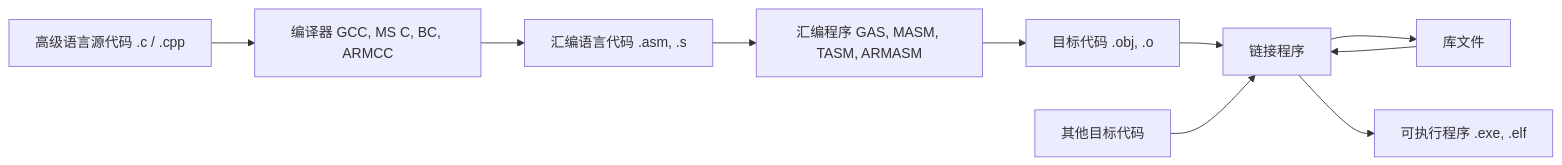
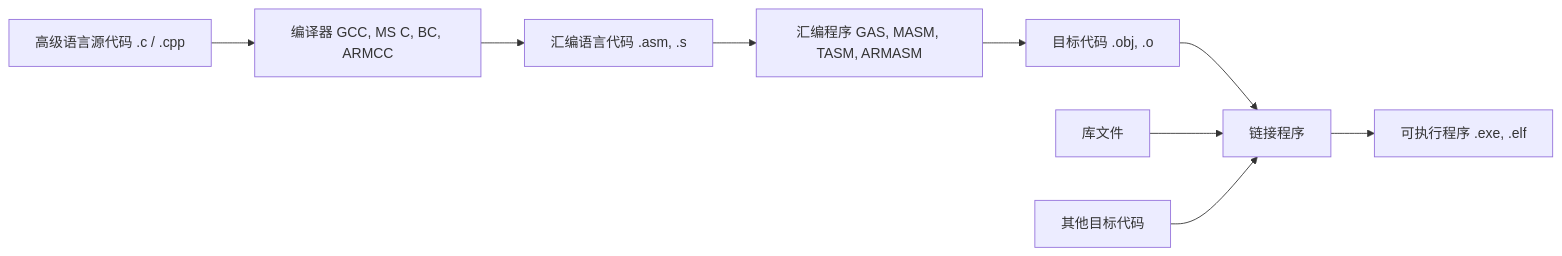
Before and after one commit to danlingdan/ComputerKnowledgeBase: the first of 2 diagrams in 计算机系统/微机原理与接口技术B/04 汇编语言程序设计/04-01 汇编源程序结构与语句.md, drawn with Mermaid. The commit also changed other lines of this file and 68 other files, not shown here.

````diff
--- a/计算机系统/微机原理与接口技术B/04 汇编语言程序设计/04-01 汇编源程序结构与语句.md
+++ b/计算机系统/微机原理与接口技术B/04 汇编语言程序设计/04-01 汇编源程序结构与语句.md
@@ -52,12 +66,11 @@
 ```mermaid
 graph LR
-    A[高级语言源代码 .c / .cpp] --> B[编译器 GCC, MS C, BC, ARMCC]
-    B --> C[汇编语言代码 .asm, .s]
-    C --> D[汇编程序 GAS, MASM, TASM, ARMASM]
-    D --> E[目标代码 .obj, .o]
-    E --> F[链接程序]
-    F --> G[库文件]
-    G --> F
-    H[其他目标代码] --> F
-    F --> I[可执行程序 .exe, .elf]
+    A["高级语言源代码 .c / .cpp"] --> B["编译器 GCC, MS C, BC, ARMCC"]
+    B --> C["汇编语言代码 .asm, .s"]
+    C --> D["汇编程序 GAS, MASM, TASM, ARMASM"]
+    D --> E["目标代码 .obj, .o"]
+    E --> F["链接程序"]
+    G["库文件"] --> F
+    H["其他目标代码"] --> F
+    F --> I["可执行程序 .exe, .elf"]
 ```
````
